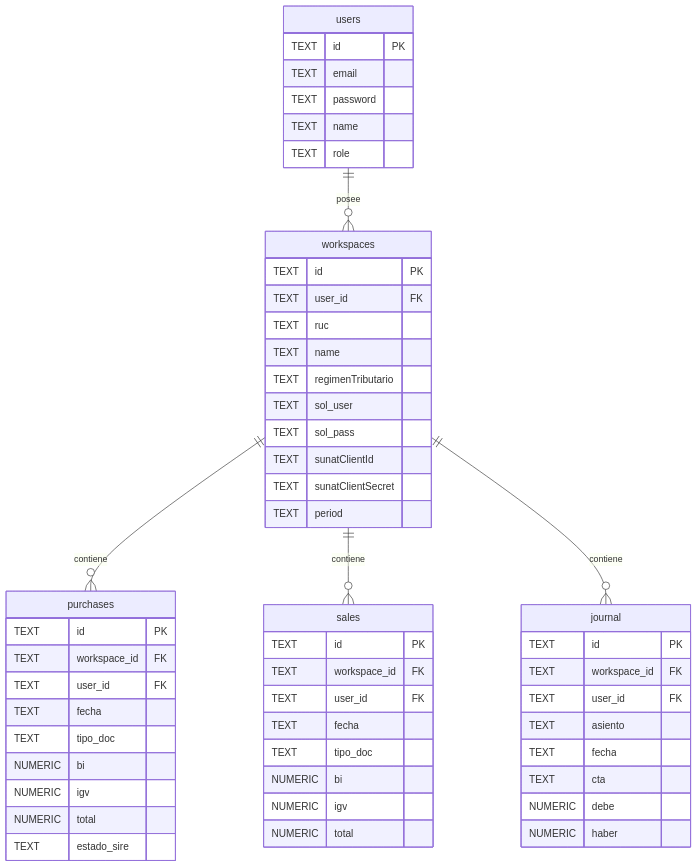
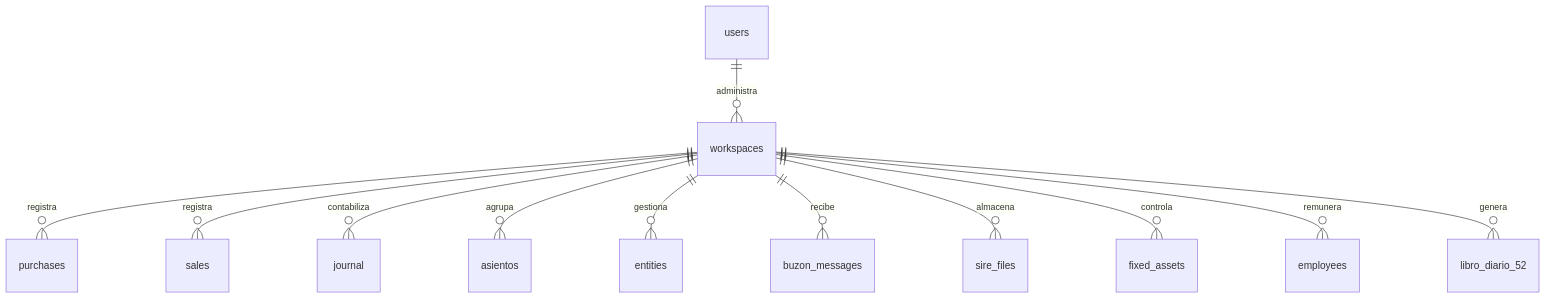
Before and after one commit to aangelo2555/softcontableperu1: the third of 4 diagrams in auditoria.md, drawn with Mermaid. The commit also changed other lines of this file and 2 other files, not shown here.

````diff
--- a/auditoria.md
+++ b/auditoria.md
@@ -419,62 +411,14 @@
 ```mermaid
 erDiagram
-    users {
-        TEXT id PK
-        TEXT email
-        TEXT password
-        TEXT name
-        TEXT role
-    }
-    
-    workspaces {
-        TEXT id PK
-        TEXT user_id FK
-        TEXT ruc
-        TEXT name
-        TEXT regimenTributario
-        TEXT sol_user
-        TEXT sol_pass
-        TEXT sunatClientId
-        TEXT sunatClientSecret
-        TEXT period
-    }
-    
-    purchases {
-        TEXT id PK
-        TEXT workspace_id FK
-        TEXT user_id FK
-        TEXT fecha
-        TEXT tipo_doc
-        NUMERIC bi
-        NUMERIC igv
-        NUMERIC total
-        TEXT estado_sire
-    }
-    
-    sales {
-        TEXT id PK
-        TEXT workspace_id FK
-        TEXT user_id FK
-        TEXT fecha
-        TEXT tipo_doc
-        NUMERIC bi
-        NUMERIC igv
-        NUMERIC total
-    }
-    
-    journal {
-        TEXT id PK
-        TEXT workspace_id FK
-        TEXT user_id FK
-        TEXT asiento
-        TEXT fecha
-        TEXT cta
-        NUMERIC debe
-        NUMERIC haber
-    }
-    
-    users ||--o{ workspaces : "posee"
-    workspaces ||--o{ purchases : "contiene"
-    workspaces ||--o{ sales : "contiene"
-    workspaces ||--o{ journal : "contiene"
+    users ||--o{ workspaces : "administra"
+    workspaces ||--o{ purchases : "registra"
+    workspaces ||--o{ sales : "registra"
+    workspaces ||--o{ journal : "contabiliza"
+    workspaces ||--o{ asientos : "agrupa"
+    workspaces ||--o{ entities : "gestiona"
+    workspaces ||--o{ buzon_messages : "recibe"
+    workspaces ||--o{ sire_files : "almacena"
+    workspaces ||--o{ fixed_assets : "controla"
+    workspaces ||--o{ employees : "remunera"
+    workspaces ||--o{ libro_diario_52 : "genera"
 ```
````
